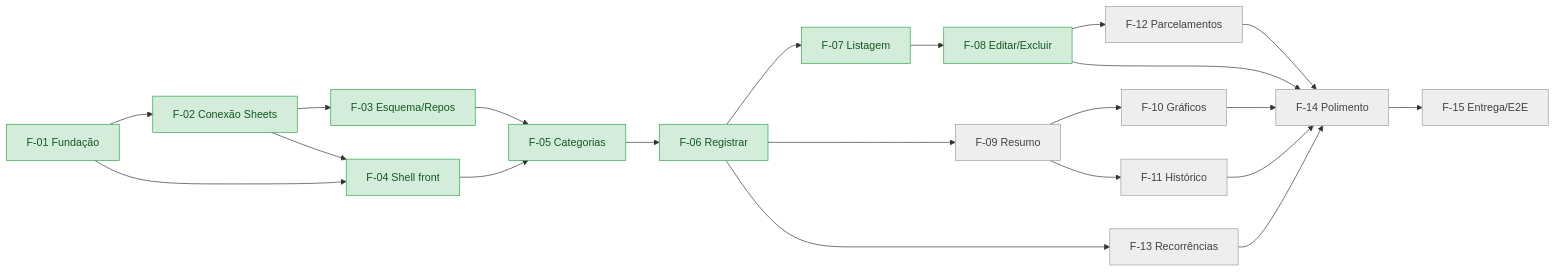
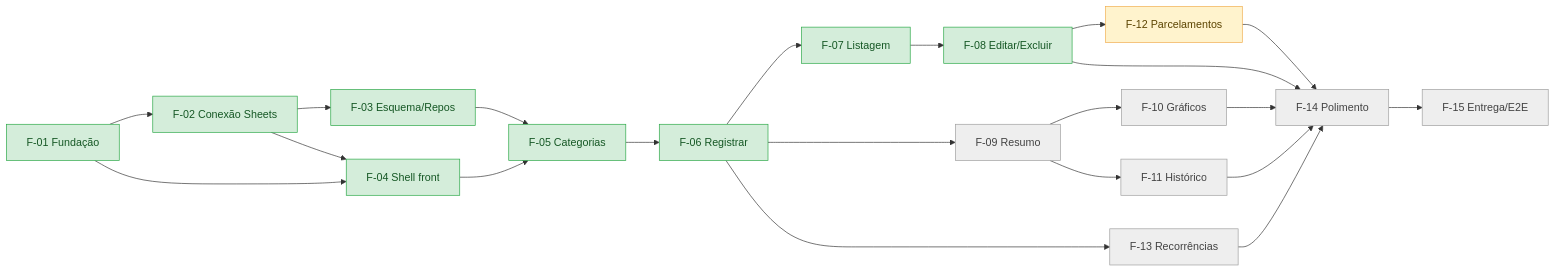
Before and after one commit to Pedrohcs/PlanilhaFinanceira: the diagram in SPECS/05-acompanhamento.md, drawn with Mermaid. The commit also changed other lines of this file and 11 other files, not shown here.

````diff
--- a/SPECS/05-acompanhamento.md
+++ b/SPECS/05-acompanhamento.md
@@ -64,23 +64,24 @@
 ```mermaid
 flowchart LR
     F01[F-01 Fundação] --> F02[F-02 Conexão Sheets] --> F03[F-03 Esquema/Repos]
     F01 --> F04[F-04 Shell front]
     F02 --> F04
     F03 --> F05[F-05 Categorias]
     F04 --> F05
     F05 --> F06[F-06 Registrar]
     F06 --> F07[F-07 Listagem] --> F08[F-08 Editar/Excluir]
     F06 --> F09[F-09 Resumo]
     F09 --> F10[F-10 Gráficos]
     F09 --> F11[F-11 Histórico]
     F08 --> F12[F-12 Parcelamentos]
     F06 --> F13[F-13 Recorrências]
     F08 & F10 & F11 & F12 & F13 --> F14[F-14 Polimento]
     F14 --> F15[F-15 Entrega/E2E]
 
     classDef naoIniciada fill:#eeeeee,stroke:#9e9e9e,color:#424242;
     classDef iniciada fill:#fff3cd,stroke:#f0ad4e,color:#5c4400;
     classDef concluida fill:#d4edda,stroke:#28a745,color:#155724;
-    class F09,F10,F11,F12,F13,F14,F15 naoIniciada;
+    class F09,F10,F11,F13,F14,F15 naoIniciada;
+    class F12 iniciada;
     class F01,F02,F03,F04,F05,F06,F07,F08 concluida;
 ```
````
